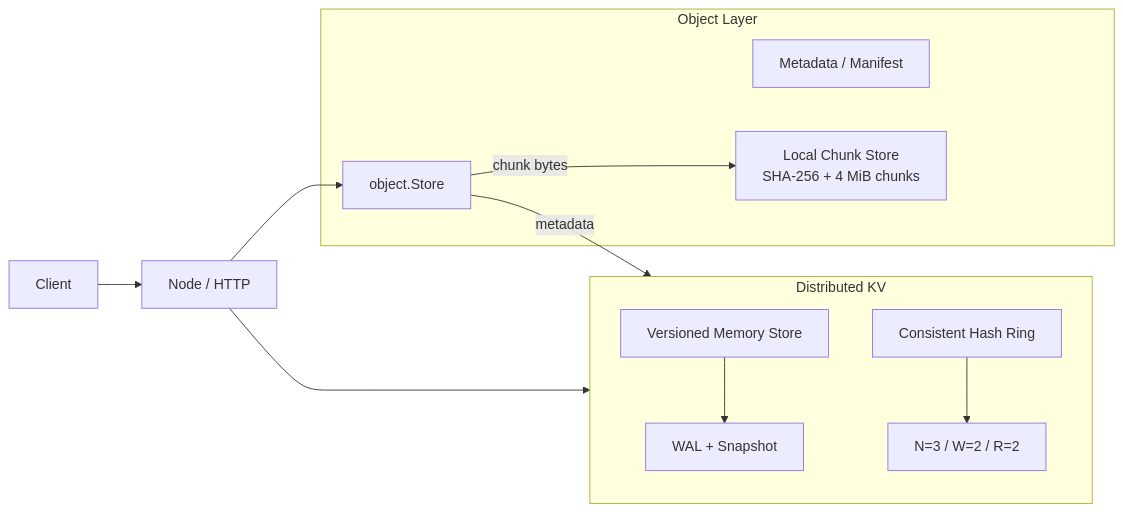
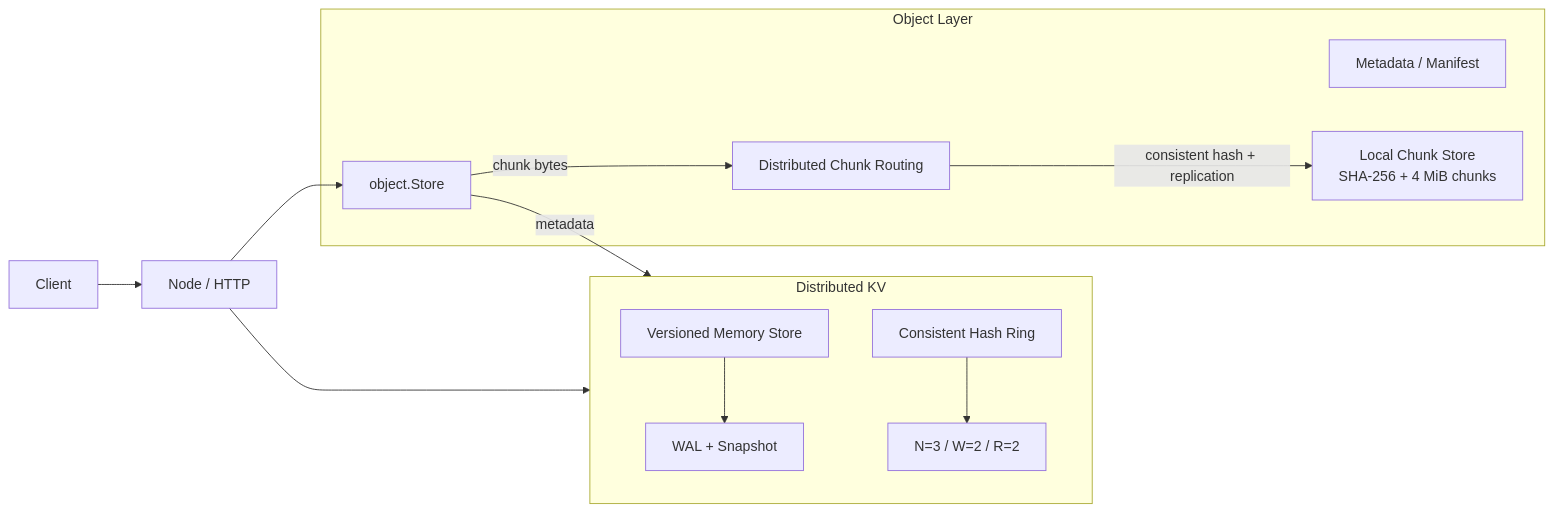
Before and after one commit to huanzichen00/minidist: the diagram in README.md, drawn with Mermaid. The commit also changed other lines of this file, not shown here.

````diff
--- a/README.md
+++ b/README.md
@@ -11,26 +11,28 @@
 ```mermaid
 flowchart LR
     Client[Client]
     Node[Node / HTTP]
 
     subgraph KV[Distributed KV]
         Ring[Consistent Hash Ring]
         Replication[N=3 / W=2 / R=2]
         Memory[Versioned Memory Store]
         Persist[WAL + Snapshot]
     end
 
     subgraph Object[Object Layer]
         Obj[object.Store]
         Meta[Metadata / Manifest]
-        Chunk[Local Chunk Store\nSHA-256 + 4 MiB chunks]
+        ChunkRoute[Distributed Chunk Routing]
+        ChunkDisk[Local Chunk Store\nSHA-256 + 4 MiB chunks]
     end
 
     Client --> Node
     Node --> KV
     Node --> Obj
     Obj -->|metadata| KV
-    Obj -->|chunk bytes| Chunk
+    Obj -->|chunk bytes| ChunkRoute
+    ChunkRoute -->|consistent hash + replication| ChunkDisk
     Memory --> Persist
     Ring --> Replication
 ```
````
